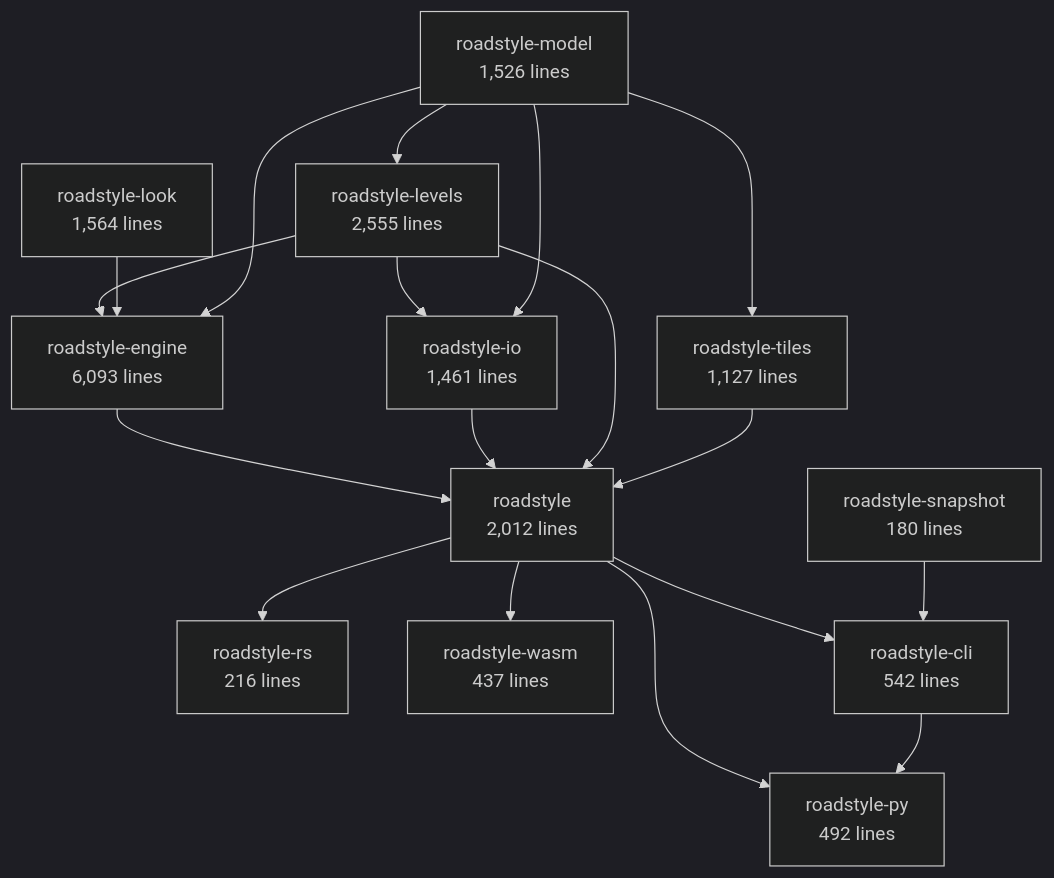
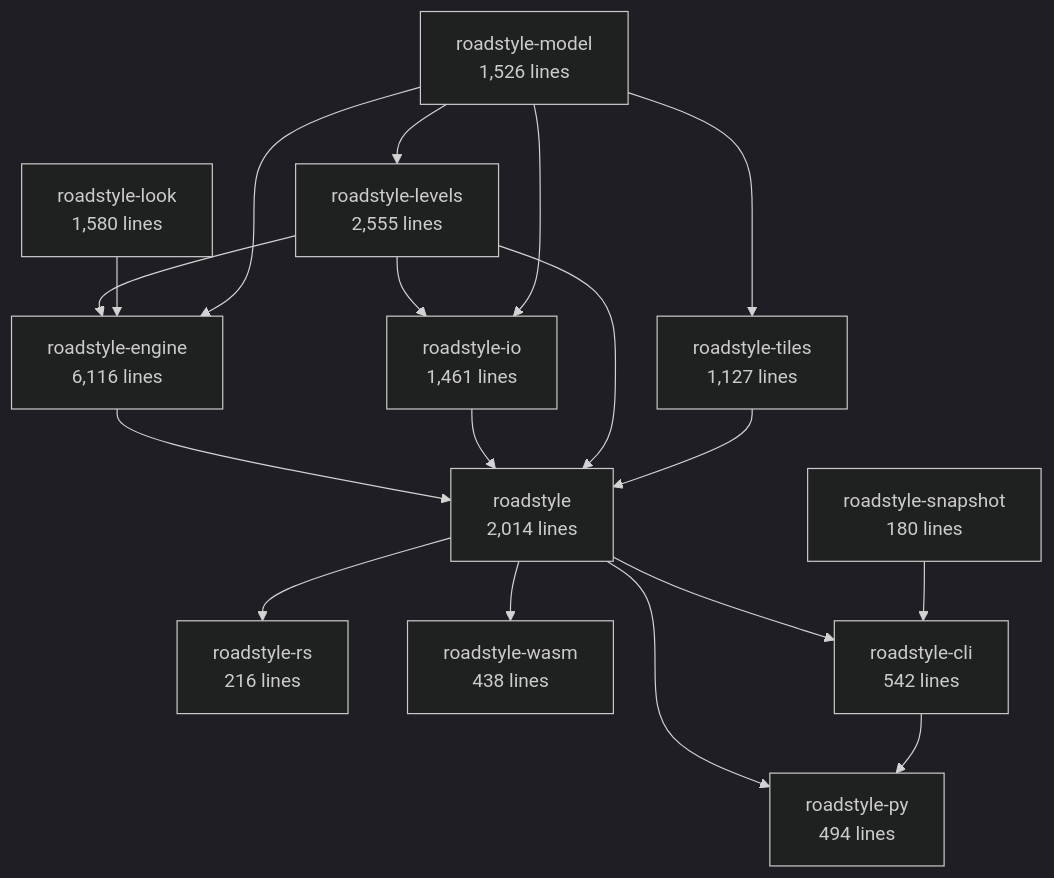
One commit to Khoshkhah/roadstyle changed the second of 6 diagrams in docs/rust/architecture.md. Above: the diagram before and after it, drawn with Mermaid (dark theme). The commit also changed other lines of this file and 14 other files, not shown here.

````diff
--- a/docs/rust/architecture.md
+++ b/docs/rust/architecture.md
@@ -69,32 +69,32 @@
 ```mermaid
 flowchart TB
     roadstyle_model["roadstyle-model<br/>1,526 lines"]
-    roadstyle_look["roadstyle-look<br/>1,564 lines"]
+    roadstyle_look["roadstyle-look<br/>1,580 lines"]
     roadstyle_io["roadstyle-io<br/>1,461 lines"]
     roadstyle_levels["roadstyle-levels<br/>2,555 lines"]
-    roadstyle_engine["roadstyle-engine<br/>6,093 lines"]
+    roadstyle_engine["roadstyle-engine<br/>6,116 lines"]
     roadstyle_tiles["roadstyle-tiles<br/>1,127 lines"]
-    roadstyle["roadstyle<br/>2,012 lines"]
+    roadstyle["roadstyle<br/>2,014 lines"]
     roadstyle_rs["roadstyle-rs<br/>216 lines"]
-    roadstyle_wasm["roadstyle-wasm<br/>437 lines"]
-    roadstyle_py["roadstyle-py<br/>492 lines"]
+    roadstyle_wasm["roadstyle-wasm<br/>438 lines"]
+    roadstyle_py["roadstyle-py<br/>494 lines"]
     roadstyle_cli["roadstyle-cli<br/>542 lines"]
     roadstyle_snapshot["roadstyle-snapshot<br/>180 lines"]
     roadstyle_levels --> roadstyle_io
     roadstyle_model --> roadstyle_io
     roadstyle_model --> roadstyle_levels
     roadstyle_levels --> roadstyle_engine
     roadstyle_look --> roadstyle_engine
     roadstyle_model --> roadstyle_engine
     roadstyle_model --> roadstyle_tiles
     roadstyle_engine --> roadstyle
     roadstyle_io --> roadstyle
     roadstyle_levels --> roadstyle
     roadstyle_tiles --> roadstyle
     roadstyle --> roadstyle_rs
     roadstyle --> roadstyle_wasm
     roadstyle --> roadstyle_py
     roadstyle_cli --> roadstyle_py
     roadstyle --> roadstyle_cli
     roadstyle_snapshot --> roadstyle_cli
 ```
````
